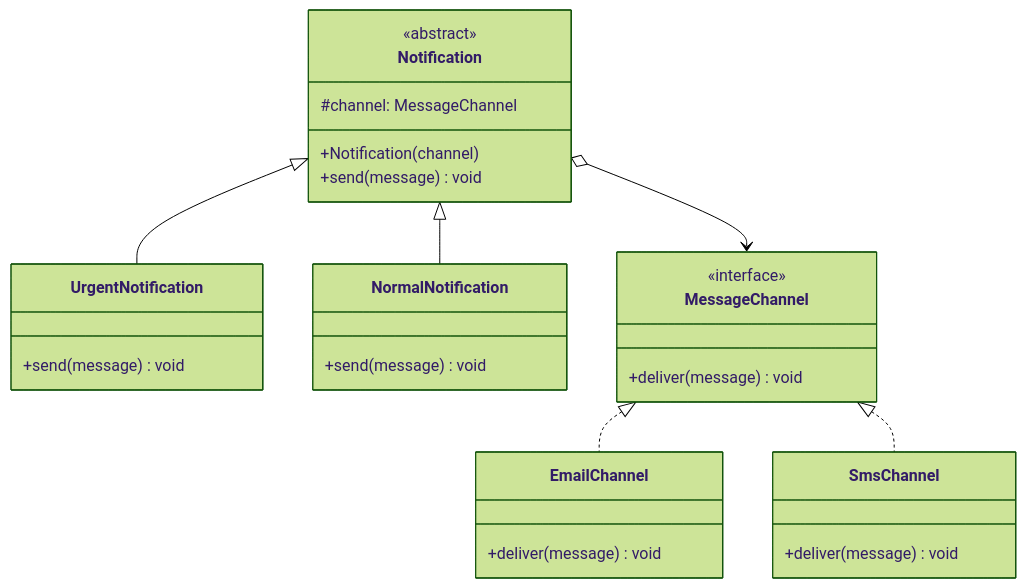
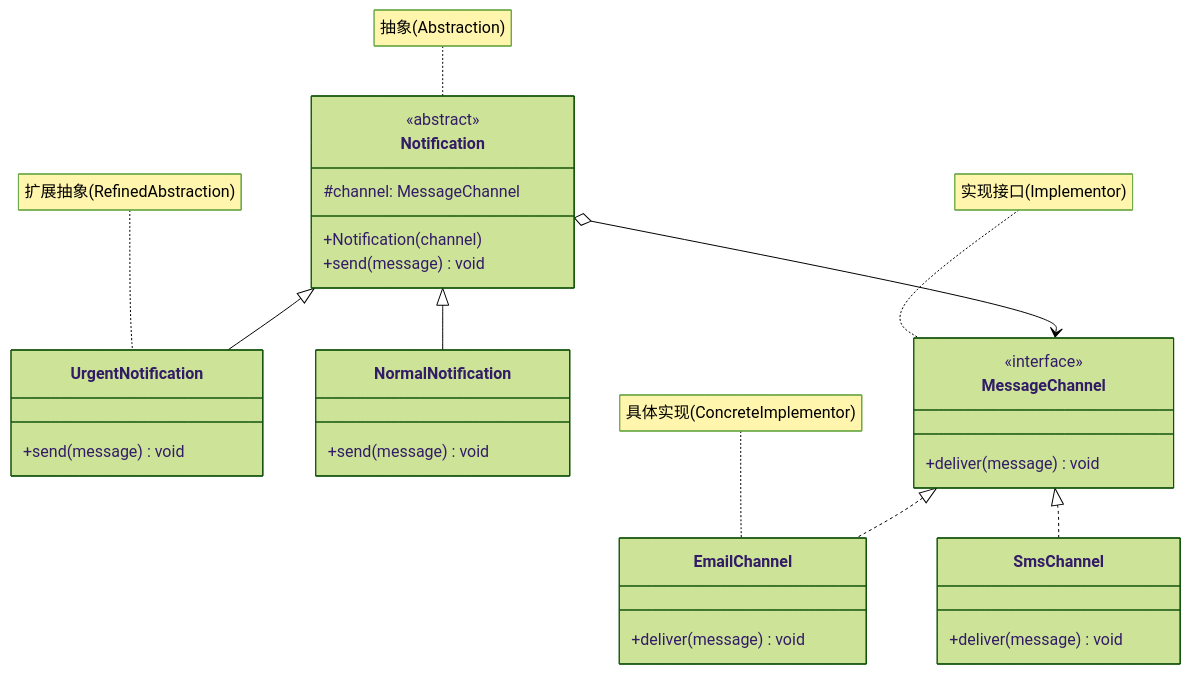
Before and after one commit to luguosong/programming-notes: the diagram in docs/topic/design-patterns/structural-patterns/bridge/index.md, drawn with Mermaid (forest theme). The commit also changed 23 other files, not shown here.

First line of the commit message:
fix: 修正设计模式 UML 箭头类型并添加角色标注

````diff
--- a/docs/topic/design-patterns/structural-patterns/bridge/index.md
+++ b/docs/topic/design-patterns/structural-patterns/bridge/index.md
@@ -31,30 +31,34 @@
 ```mermaid
 classDiagram
     class Notification {
         <<abstract>>
         #channel: MessageChannel
         +Notification(channel)
         +send(message) void
     }
     class UrgentNotification {
         +send(message) void
     }
     class NormalNotification {
         +send(message) void
     }
     class MessageChannel {
         <<interface>>
         +deliver(message) void
     }
     class EmailChannel {
         +deliver(message) void
     }
     class SmsChannel {
         +deliver(message) void
     }
     Notification <|-- UrgentNotification
     Notification <|-- NormalNotification
     Notification o--> MessageChannel
     MessageChannel <|.. EmailChannel
     MessageChannel <|.. SmsChannel
+    note for Notification "抽象(Abstraction)"
+    note for UrgentNotification "扩展抽象(RefinedAbstraction)"
+    note for MessageChannel "实现接口(Implementor)"
+    note for EmailChannel "具体实现(ConcreteImplementor)"
 ```
````
